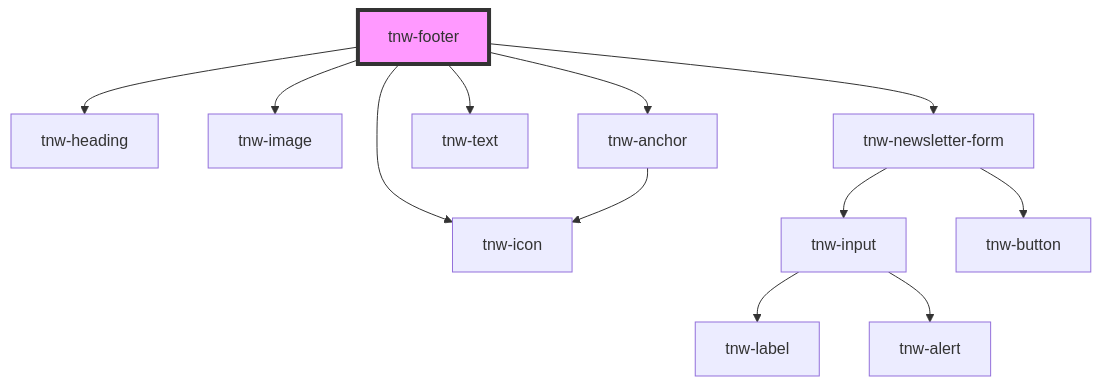
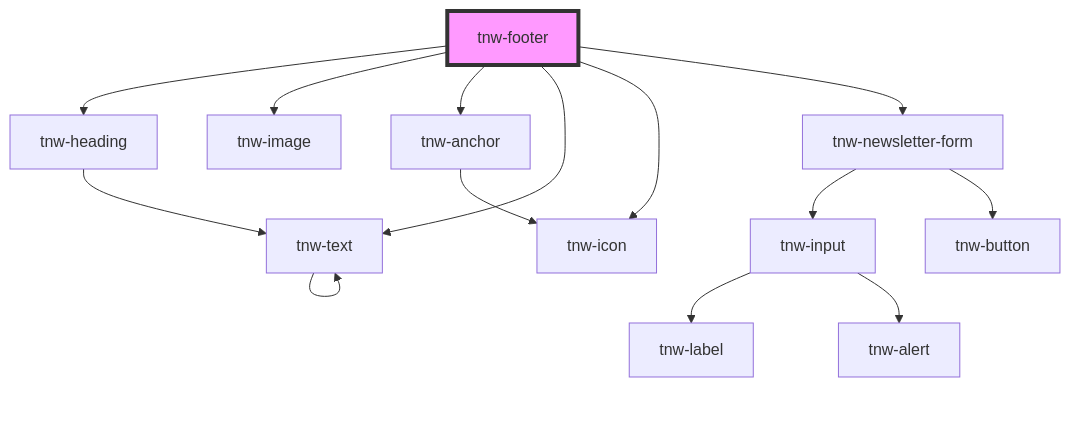
Before and after one commit to technway/technway-component-library: the diagram in packages/stencil-library/src/components/tnw-footer/readme.md, drawn with Mermaid. The commit also changed 30 other files, not shown here.

````diff
--- a/packages/stencil-library/src/components/tnw-footer/readme.md
+++ b/packages/stencil-library/src/components/tnw-footer/readme.md
@@ -73,15 +73,17 @@
 ```mermaid
 graph TD;
   tnw-footer --> tnw-heading
   tnw-footer --> tnw-image
   tnw-footer --> tnw-anchor
   tnw-footer --> tnw-text
   tnw-footer --> tnw-icon
   tnw-footer --> tnw-newsletter-form
+  tnw-heading --> tnw-text
+  tnw-text --> tnw-text
   tnw-anchor --> tnw-icon
   tnw-newsletter-form --> tnw-input
   tnw-newsletter-form --> tnw-button
   tnw-input --> tnw-label
   tnw-input --> tnw-alert
   style tnw-footer fill:#f9f,stroke:#333,stroke-width:4px
 ```
````
